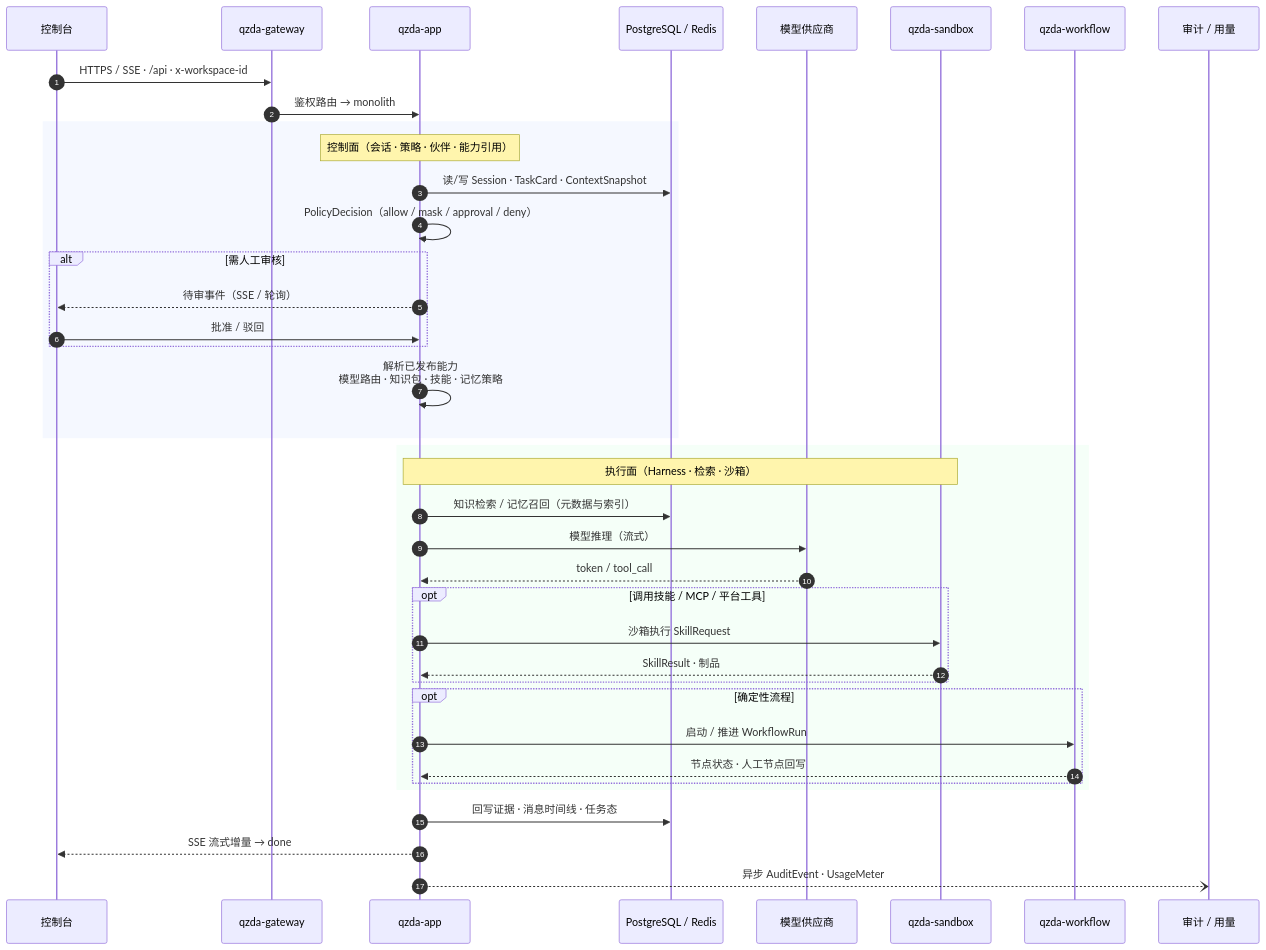
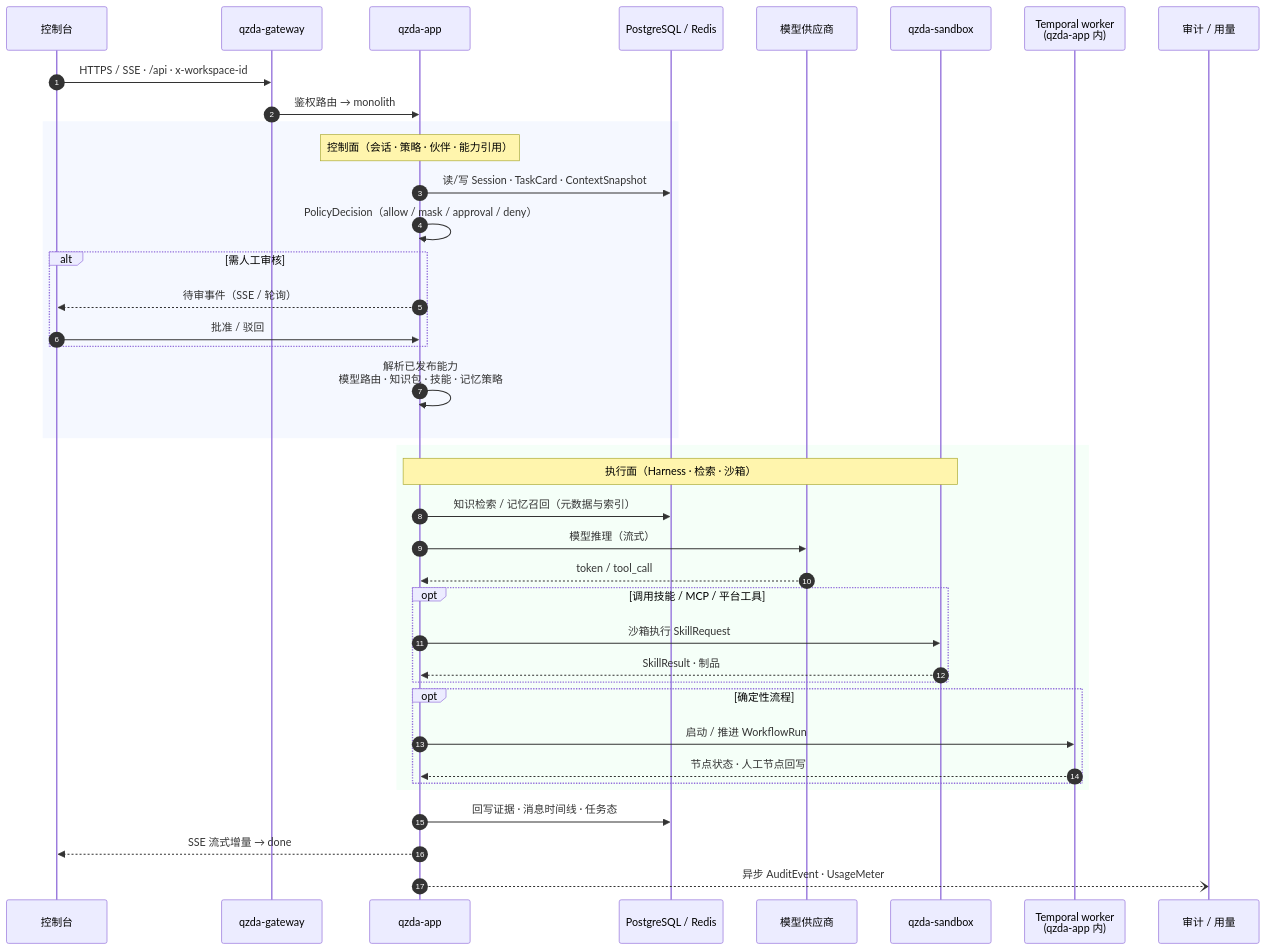
One commit to Lianjifu/QiZhiDaPartnerPlatform changed the fourth of 5 diagrams in README.md. Above: the diagram before and after it, drawn with Mermaid. The commit also changed other lines of this file and 131 other files, not shown here.

First line of the commit message:
refactor(monolith): M10 — collapse qzda-{sys,collab,cap,workflow,audit,policy} into qzda-app

````diff
--- a/README.md
+++ b/README.md
@@ -419,45 +394,45 @@
 ```mermaid
 sequenceDiagram
   autonumber
   participant UI as 控制台
   participant GW as qzda-gateway
   participant APP as qzda-app
   participant PG as PostgreSQL / Redis
   participant LLM as 模型供应商
   participant SK as qzda-sandbox
-  participant WF as qzda-workflow
+  participant WF as Temporal worker<br/>(qzda-app 内)
   participant AUD as 审计 / 用量
 
   UI->>GW: HTTPS / SSE · /api · x-workspace-id
   GW->>APP: 鉴权路由 → monolith
 
   rect rgb(245, 248, 255)
     Note over APP: 控制面（会话 · 策略 · 伙伴 · 能力引用）
     APP->>PG: 读/写 Session · TaskCard · ContextSnapshot
     APP->>APP: PolicyDecision（allow / mask / approval / deny）
     alt 需人工审核
       APP-->>UI: 待审事件（SSE / 轮询）
       UI->>APP: 批准 / 驳回
     end
     APP->>APP: 解析已发布能力<br/>模型路由 · 知识包 · 技能 · 记忆策略
   end
 
   rect rgb(245, 255, 248)
     Note over APP,SK: 执行面（Harness · 检索 · 沙箱）
     APP->>PG: 知识检索 / 记忆召回（元数据与索引）
     APP->>LLM: 模型推理（流式）
     LLM-->>APP: token / tool_call
     opt 调用技能 / MCP / 平台工具
       APP->>SK: 沙箱执行 SkillRequest
       SK-->>APP: SkillResult · 制品
     end
     opt 确定性流程
       APP->>WF: 启动 / 推进 WorkflowRun
       WF-->>APP: 节点状态 · 人工节点回写
     end
   end
 
   APP->>PG: 回写证据 · 消息时间线 · 任务态
   APP-->>UI: SSE 流式增量 → done
   APP--)AUD: 异步 AuditEvent · UsageMeter
 ```
````
